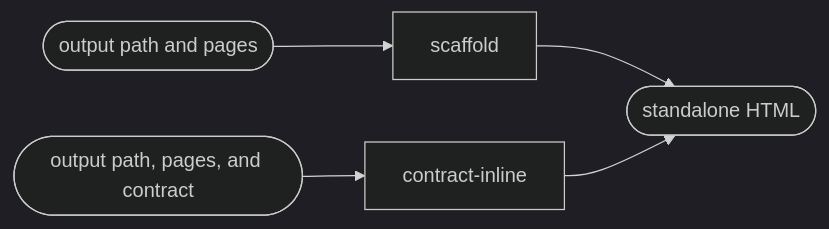
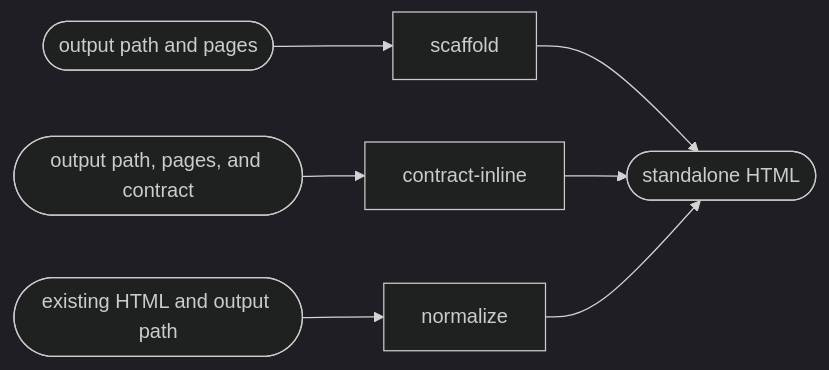
Before and after one commit to RebelliousSmile/aidd-claude-custom: the diagram in plugins/design/skills/harness/SKILL.md, drawn with Mermaid (dark theme). The commit also changed other lines of this file and 66 other files, not shown here.

````diff
--- a/plugins/design/skills/harness/SKILL.md
+++ b/plugins/design/skills/harness/SKILL.md
@@ -20,5 +20,6 @@
 ```mermaid
 flowchart LR
   pages([output path and pages]) --> scaffold --> done([standalone HTML])
   contract([output path, pages, and contract]) --> contract-inline --> done
+  existing([existing HTML and output path]) --> normalize --> done
 ```
````
